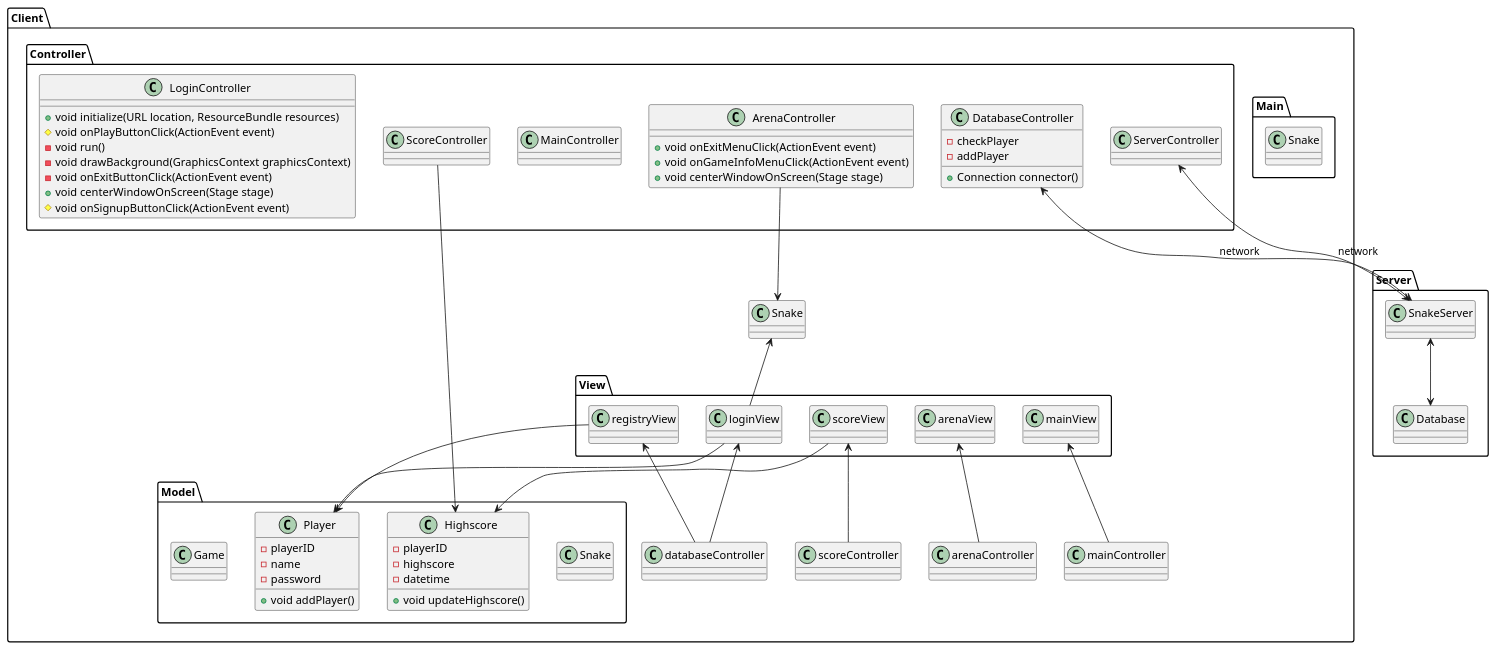
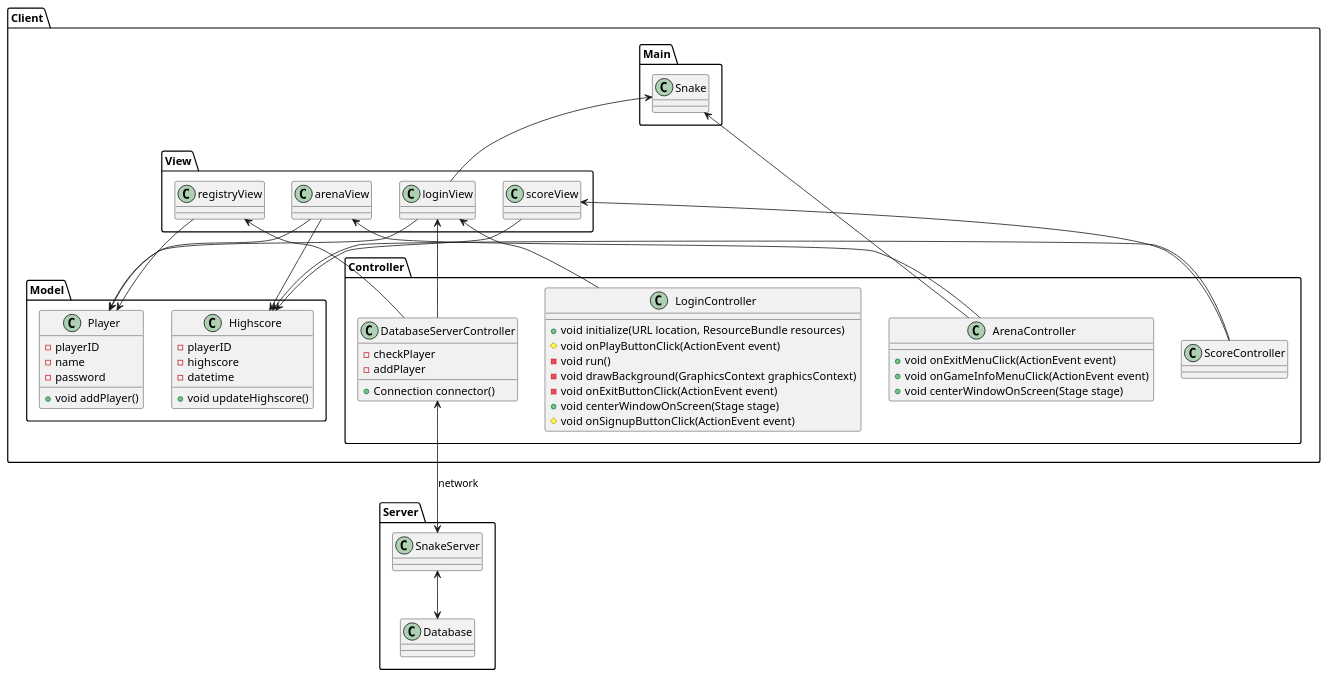
The diagram in plantUML/MultiplayerSnake.puml (s74594/Multiplayer_Snake), drawn with PlantUML before and after one commit. The commit also changed 1 other file, not shown here.

Commit message:
Reduziertes Klassendiagramm angelegt

```diff
--- a/plantUML/MultiplayerSnake.puml
+++ b/plantUML/MultiplayerSnake.puml
@@ -1,84 +1,88 @@
 @startuml
 'https://plantuml.com/class-diagram
 '- Indicates private
 '+ Indicates public
 '# Indicates protected
 
 package Client {
     package Main {
         class Snake {}
     }
+
     package Model {
-        class Snake {}
         class Player{
         -playerID
         -name
         -password
         +void addPlayer()
         }
+
         class Highscore{
         -playerID
         -highscore
         -datetime
         +void updateHighscore()
         }
-        class Game{}
     }
 
     package View {
         class scoreView{}
+
         class registryView{}
+
         class loginView{}
+
         class arenaView{}
-        class mainView{}
     }
 
     package Controller {
         class ScoreController {}
-        class DatabaseController {
+
+        class DatabaseServerController {
         -checkPlayer
         -addPlayer
         +Connection connector()
         }
+
         class ArenaController {
         +void onExitMenuClick(ActionEvent event)
         +void onGameInfoMenuClick(ActionEvent event)
         +void centerWindowOnScreen(Stage stage)
         }
-        class MainController {}
-        class ServerController{}
+
         class LoginController {
         +void initialize(URL location, ResourceBundle resources)
         #void onPlayButtonClick(ActionEvent event)
         -void run()
         -void drawBackground(GraphicsContext graphicsContext)
         -void onExitButtonClick(ActionEvent event)
         +void centerWindowOnScreen(Stage stage)
         #void onSignupButtonClick(ActionEvent event)
         }
     }
     'connections
     registryView --> Player
     loginView --> Player
     Highscore <-- scoreView
     Snake <-- loginView
-    scoreView <-- scoreController
-    registryView <-- databaseController
-    loginView <-- databaseController
-    arenaView <-- arenaController
-    mainView <-- mainController
+    scoreView <-- ScoreController
+    registryView <-- DatabaseServerController
+    loginView <-- DatabaseServerController
+    arenaView <-- ArenaController
     ArenaController --> Snake
     ScoreController --> Highscore
+    LoginController --> loginView
+    arenaView --> Player
+    arenaView --> Highscore
     }
 
 package Server {
     class SnakeServer
     class Database {}
     'connections
     SnakeServer <--> Database
 }
 
 'connections
-ServerController <--> SnakeServer :network
-DatabaseController <--> SnakeServer :network
+DatabaseServerController <--> SnakeServer :network
 @enduml
```
